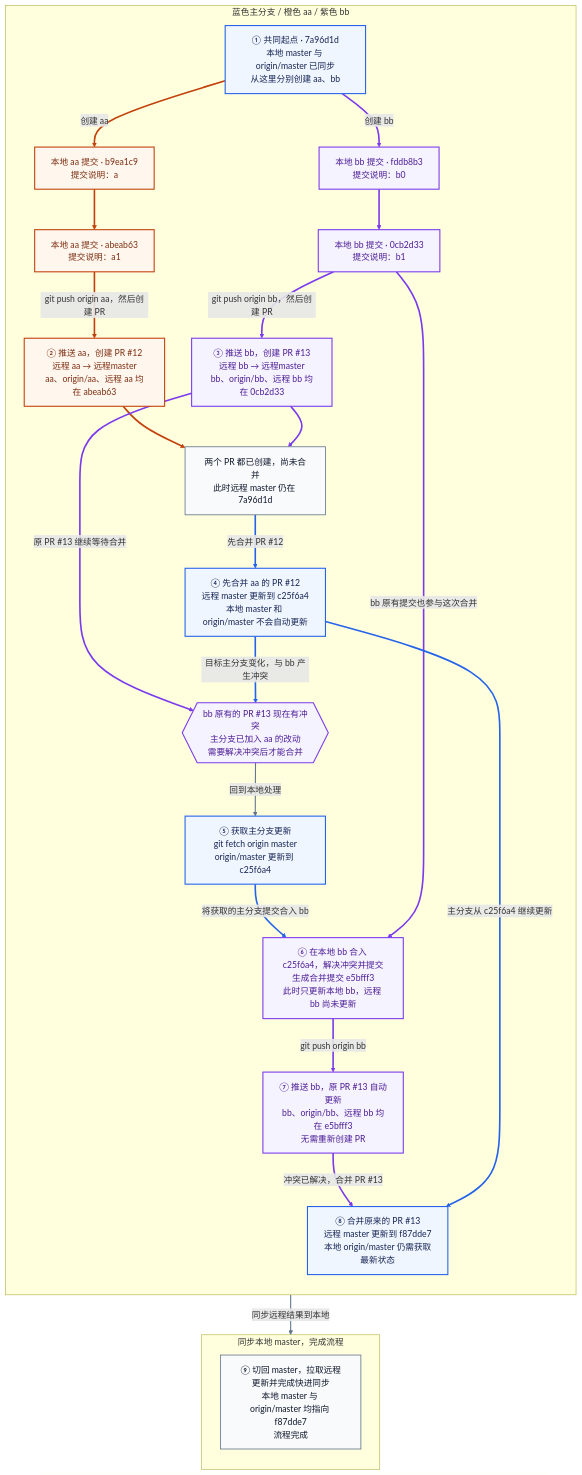
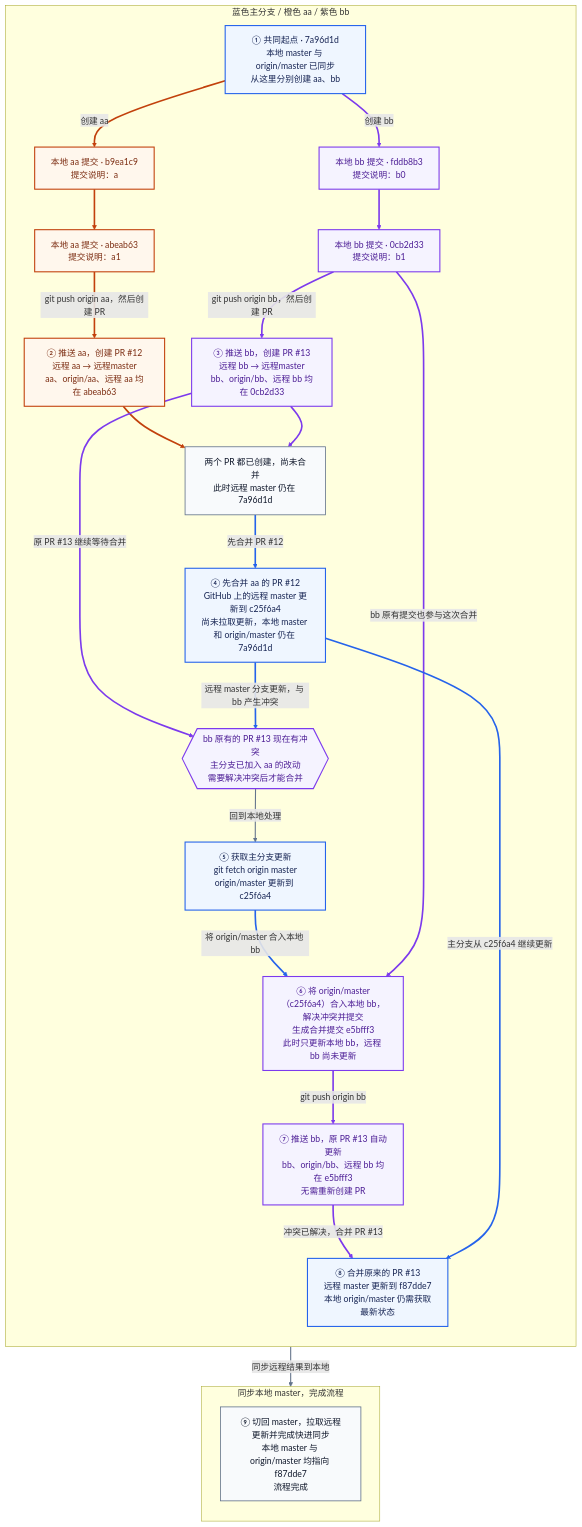
One commit to dcdmm/Script changed the diagram in git-team-workflow-pr-first.md. Above: the diagram before and after it, drawn with Mermaid. The commit also changed other lines of this file and 1 other file, not shown here.

Commit message:
继续优化

````diff
--- a/git-team-workflow-pr-first.md
+++ b/git-team-workflow-pr-first.md
@@ -1,60 +1,60 @@
 ```mermaid
 flowchart TD
     subgraph WORK["蓝色主分支 / 橙色 aa / 紫色 bb"]
         direction TD
 
         O["① 共同起点 · 7a96d1d<br/>本地 master 与 origin/master 已同步<br/>从这里分别创建 aa、bb"]
         A0["本地 aa 提交 · b9ea1c9<br/>提交说明：a"]
         A1["本地 aa 提交 · abeab63<br/>提交说明：a1"]
         PA["② 推送 aa，创建 PR #12<br/>远程 aa → 远程master<br/>aa、origin/aa、远程 aa 均在 abeab63"]
         B0["本地 bb 提交 · fddb8b3<br/>提交说明：b0"]
         B1["本地 bb 提交 · 0cb2d33<br/>提交说明：b1"]
         PB["③ 推送 bb，创建 PR #13<br/>远程 bb → 远程master<br/>bb、origin/bb、远程 bb 均在 0cb2d33"]
         READY["两个 PR 都已创建，尚未合并<br/>此时远程 master 仍在 7a96d1d"]
-        P12["④ 先合并 aa 的 PR #12<br/>远程 master 更新到 c25f6a4<br/>本地 master 和 origin/master 不会自动更新"]
+        P12["④ 先合并 aa 的 PR #12<br/>GitHub 上的远程 master 更新到 c25f6a4<br/>尚未拉取更新，本地 master 和 origin/master 仍在 7a96d1d"]
         X{{"bb 原有的 PR #13 现在有冲突<br/>主分支已加入 aa 的改动<br/>需要解决冲突后才能合并"}}
         FETCH["⑤ 获取主分支更新<br/>git fetch origin master<br/>origin/master 更新到 c25f6a4"]
-        M["⑥ 在本地 bb 合入 c25f6a4，解决冲突并提交<br/>生成合并提交 e5bfff3<br/>此时只更新本地 bb，远程 bb 尚未更新"]
+        M["⑥ 将 origin/master（c25f6a4）合入本地 bb，解决冲突并提交<br/>生成合并提交 e5bfff3<br/>此时只更新本地 bb，远程 bb 尚未更新"]
         UPDATE["⑦ 推送 bb，原 PR #13 自动更新<br/>bb、origin/bb、远程 bb 均在 e5bfff3<br/>无需重新创建 PR"]
         P13["⑧ 合并原来的 PR #13<br/>远程 master 更新到 f87dde7<br/>本地 origin/master 仍需获取最新状态"]
     end
 
     subgraph FINISH["同步本地 master，完成流程"]
         direction TD
         SYNC["⑨ 切回 master，拉取远程更新并完成快进同步<br/>本地 master 与 origin/master 均指向 f87dde7<br/>流程完成"]
     end
 
     O -->|"创建 aa"| A0
     A0 --> A1
     A1 -->|"git push origin aa，然后创建 PR"| PA
     O -->|"创建 bb"| B0
     B0 --> B1
     B1 -->|"git push origin bb，然后创建 PR"| PB
     PA --> READY
     PB --> READY
     READY -->|"先合并 PR #12"| P12
     PB -->|"原 PR #13 继续等待合并"| X
-    P12 -->|"目标主分支变化，与 bb 产生冲突"| X
+    P12 -->|"远程 master 分支更新，与 bb 产生冲突"| X
     X -->|"回到本地处理"| FETCH
-    FETCH -->|"将获取的主分支提交合入 bb"| M
+    FETCH -->|"将 origin/master 合入本地 bb"| M
     B1 -->|"bb 原有提交也参与这次合并"| M
     M -->|"git push origin bb"| UPDATE
     UPDATE -->|"冲突已解决，合并 PR #13"| P13
     P12 -->|"主分支从 c25f6a4 继续更新"| P13
     P13 -->|"同步远程结果到本地"| SYNC
 
     classDef mainNode fill:#eff6ff,stroke:#2563eb,color:#172554,stroke-width:2px;
     classDef aaNode fill:#fff7ed,stroke:#c2410c,color:#7c2d12,stroke-width:2px;
     classDef bbNode fill:#f5f3ff,stroke:#7c3aed,color:#4c1d95,stroke-width:2px;
     classDef actionNode fill:#f8fafc,stroke:#64748b,color:#0f172a,stroke-width:1.5px;
 
     class O,P12,FETCH,P13 mainNode;
     class A0,A1,PA aaNode;
     class B0,B1,PB,X,M,UPDATE bbNode;
     class READY,SYNC actionNode;
 
     linkStyle 0,1,2,6 stroke:#c2410c,stroke-width:3px;
     linkStyle 3,4,5,7,9,13,14,15 stroke:#7c3aed,stroke-width:3px;
     linkStyle 8,10,12,16 stroke:#2563eb,stroke-width:3px;
     linkStyle 11,17 stroke:#64748b,stroke-width:2px;
 ```
````
